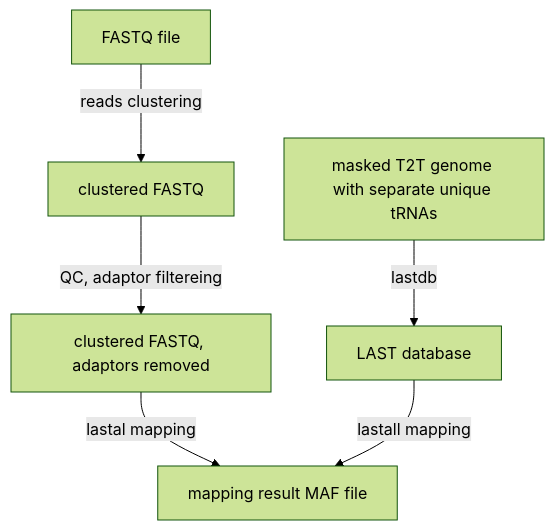
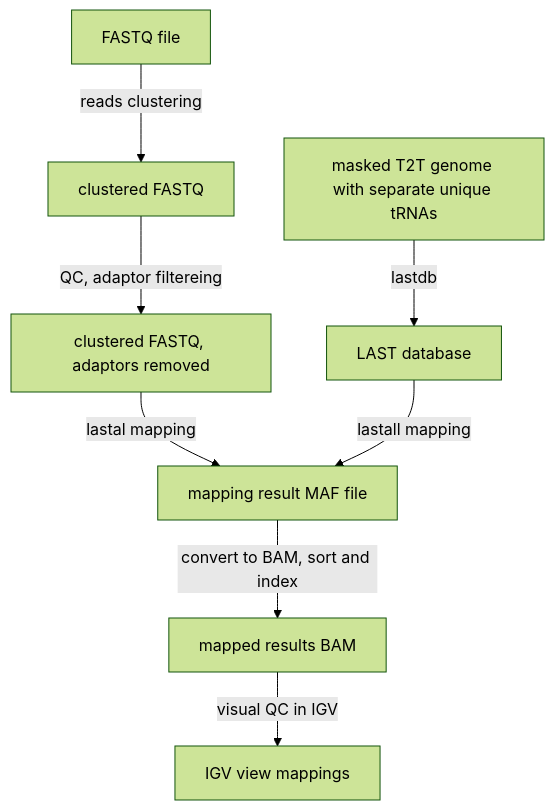
The second of 2 diagrams in doc/workflow_mermaid.md (Cancer-Genomics-TH/tRNA_methyl), drawn with Mermaid (forest theme) before and after one commit.

Commit message:
BAM view in IGV

````diff
--- a/doc/workflow_mermaid.md
+++ b/doc/workflow_mermaid.md
@@ -45,8 +45,10 @@
 ```mermaid
 graph TD
     genome_for_mapping[masked T2T genome with separate unique tRNAs]-->|lastdb|last_database[LAST database]
     input_fastq[FASTQ file] --> |reads clustering| clustered_fastq[clustered FASTQ]
     clustered_fastq --> |QC, adaptor filtereing| fastped_fastq[clustered FASTQ, adaptors removed ]
     fastped_fastq -->|lastal mapping|maf_result[mapping result MAF file]
     last_database -->|lastall mapping|maf_result
+    maf_result --> |convert to BAM, sort and index| bam_result[mapped results BAM]
+    bam_result --> |visual QC in IGV| igv_screen_shots[IGV view mappings]
 ```
````
